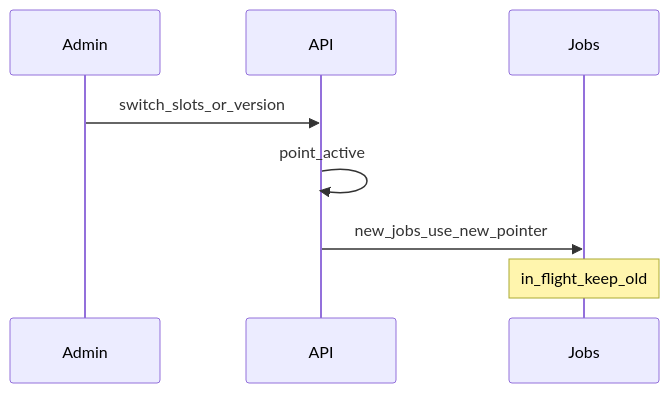
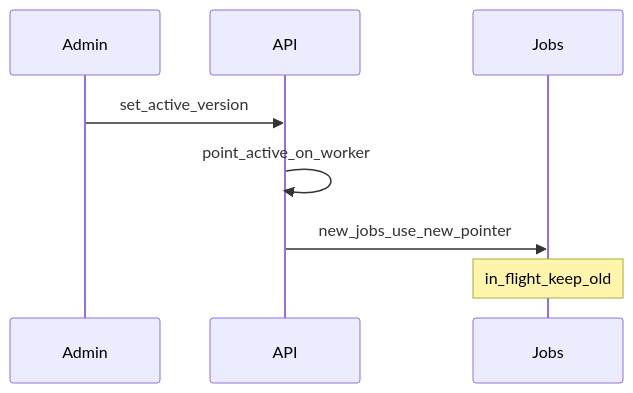
One commit to emrahyasinisik/Cherry changed the second of 3 diagrams in docs/llmops.md. Above: the diagram before and after it, drawn with Mermaid. The commit also changed other lines of this file and 14 other files, not shown here.

````diff
--- a/docs/llmops.md
+++ b/docs/llmops.md
@@ -27,10 +44,10 @@
 ```mermaid
 sequenceDiagram
   participant Admin
   participant API
   participant Jobs
-  Admin->>API: switch_slots_or_version
-  API->>API: point_active
+  Admin->>API: set_active_version
+  API->>API: point_active_on_worker
   API->>Jobs: new_jobs_use_new_pointer
   Note over Jobs: in_flight_keep_old
 ```
````
